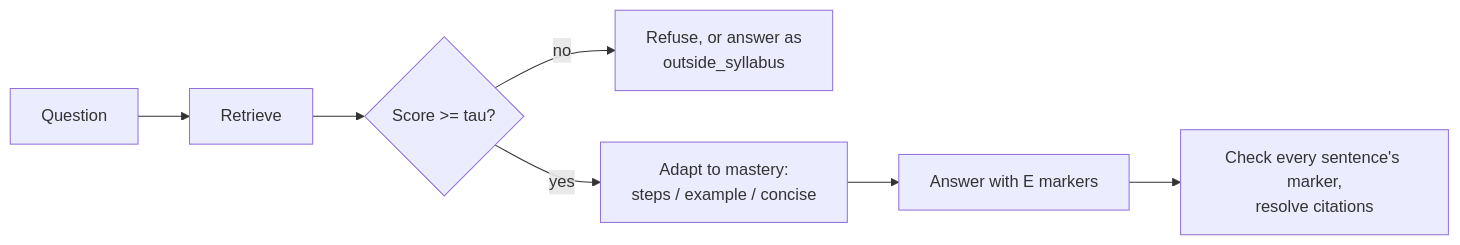
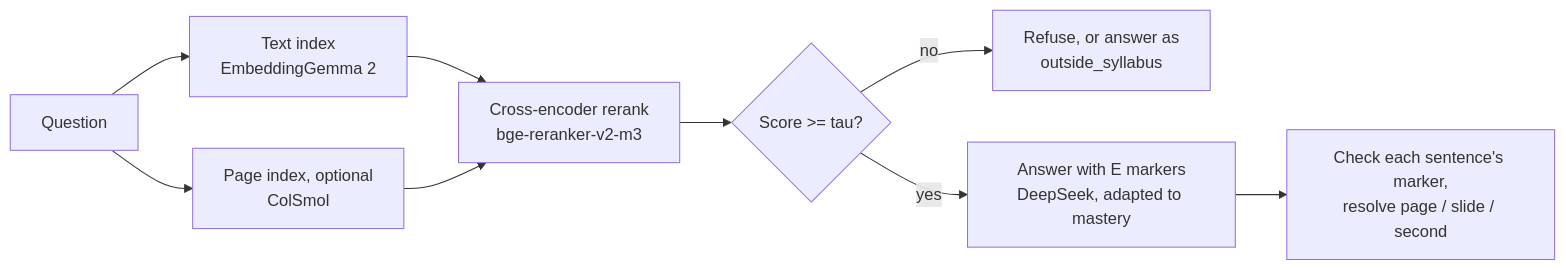
The second of 4 diagrams in README.md (Aryan1092raj/Loopers), drawn with Mermaid before and after one commit. The commit also changed other lines of this file, not shown here.

Commit message:
Shorten README, list models, add test steps

````diff
--- a/README.md
+++ b/README.md
@@ -144,9 +42,11 @@
 ```mermaid
 flowchart LR
-    Q[Question] --> R[Retrieve]
-    R --> G{Score >= tau?}
+    Q[Question] --> T[Text index<br/>EmbeddingGemma 2]
+    Q --> P[Page index, optional<br/>ColSmol]
+    T --> RR[Cross-encoder rerank<br/>bge-reranker-v2-m3]
+    P --> RR
+    RR --> G{Score >= tau?}
     G -->|no| X[Refuse, or answer as<br/>outside_syllabus]
-    G -->|yes| M[Adapt to mastery:<br/>steps / example / concise]
-    M --> W[Answer with E markers]
-    W --> C[Check every sentence's marker,<br/>resolve citations]
+    G -->|yes| W[Answer with E markers<br/>DeepSeek, adapted to mastery]
+    W --> C[Check each sentence's marker,<br/>resolve page / slide / second]
 ```
````
